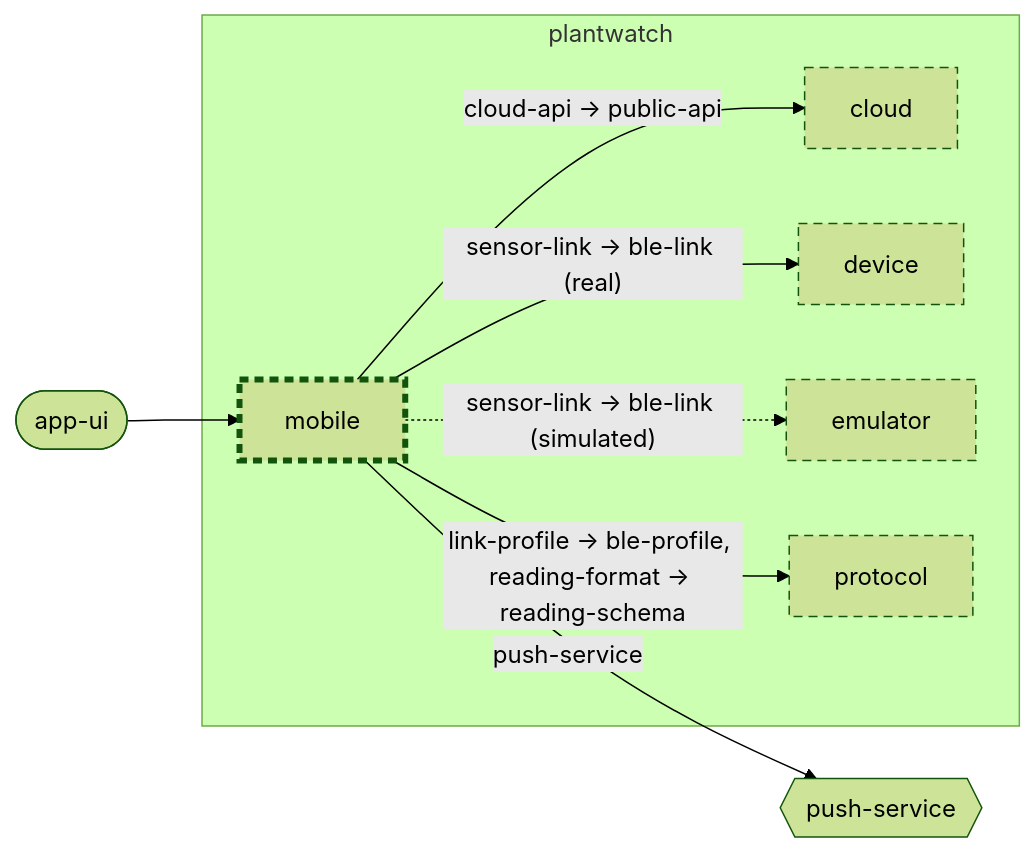
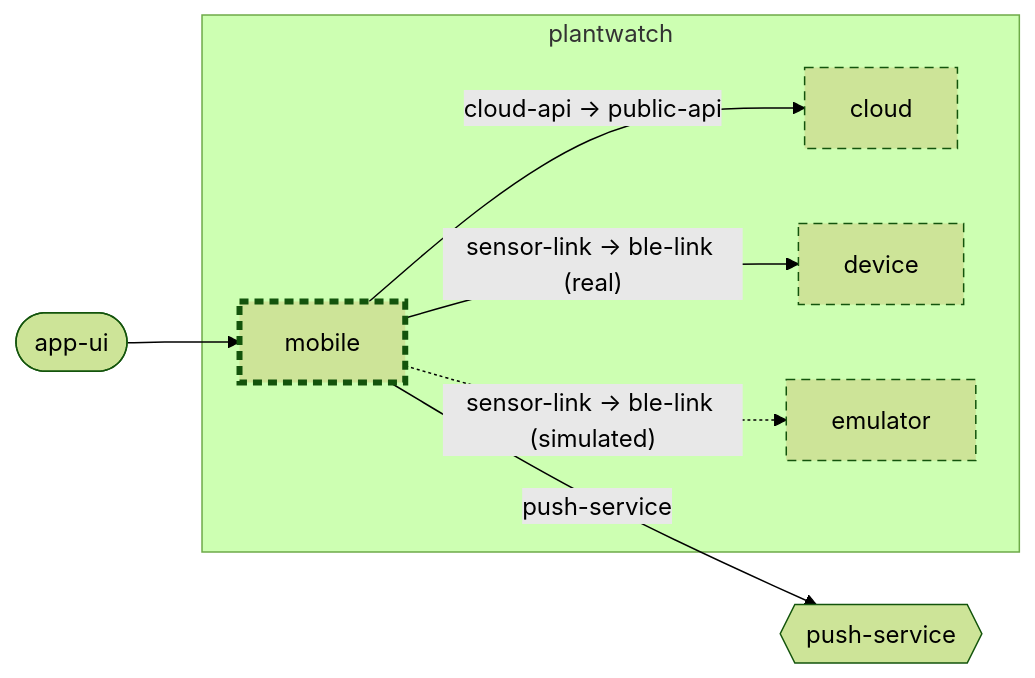
One commit to wackazong/unifold changed the diagram in examples/plantwatch/mobile/docs/diagrams/context.md. Above: the diagram before and after it, drawn with Mermaid (forest theme). The commit also changed other lines of this file and 383 other files, not shown here.

````diff
--- a/examples/plantwatch/mobile/docs/diagrams/context.md
+++ b/examples/plantwatch/mobile/docs/diagrams/context.md
@@ -8,24 +8,22 @@
 ```mermaid
 flowchart LR
   subgraph u_root["plantwatch"]
     u_cloud["cloud"]
     u_device["device"]
     u_emulator["emulator"]
     u_mobile["mobile"]
-    u_protocol["protocol"]
   end
   n_root___push_dservice{{"push-service"}}
   p_root___app_dui(["app-ui"])
-  u_mobile -->|"link-profile → ble-profile, reading-format → reading-schema"| u_protocol
   u_mobile -->|"sensor-link → ble-link (real)"| u_device
   u_mobile -.->|"sensor-link → ble-link (simulated)"| u_emulator
   u_mobile -->|"cloud-api → public-api"| u_cloud
   u_mobile -->|"push-service"| n_root___push_dservice
   p_root___app_dui --> u_mobile
   classDef focus stroke-width:4px
   classDef planned stroke-dasharray:6 4
   classDef deprecated stroke-dasharray:2 2,opacity:0.6
   classDef plain stroke-dasharray:2 3
-  class u_cloud,u_device,u_emulator,u_mobile,u_protocol planned
+  class u_cloud,u_device,u_emulator,u_mobile planned
   class u_mobile focus
 ```
````
